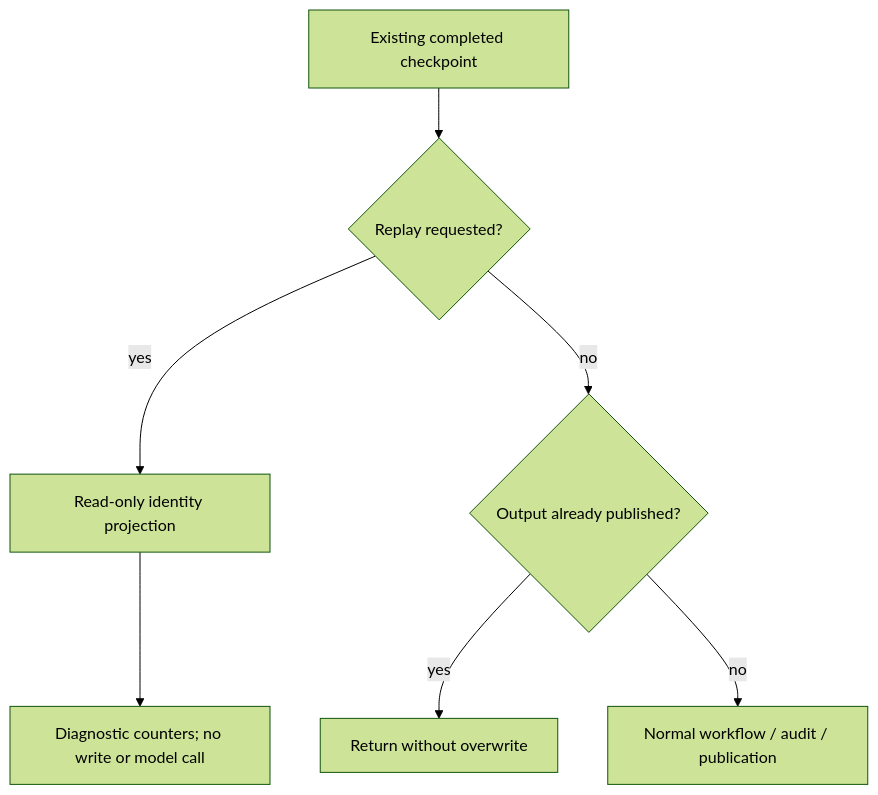
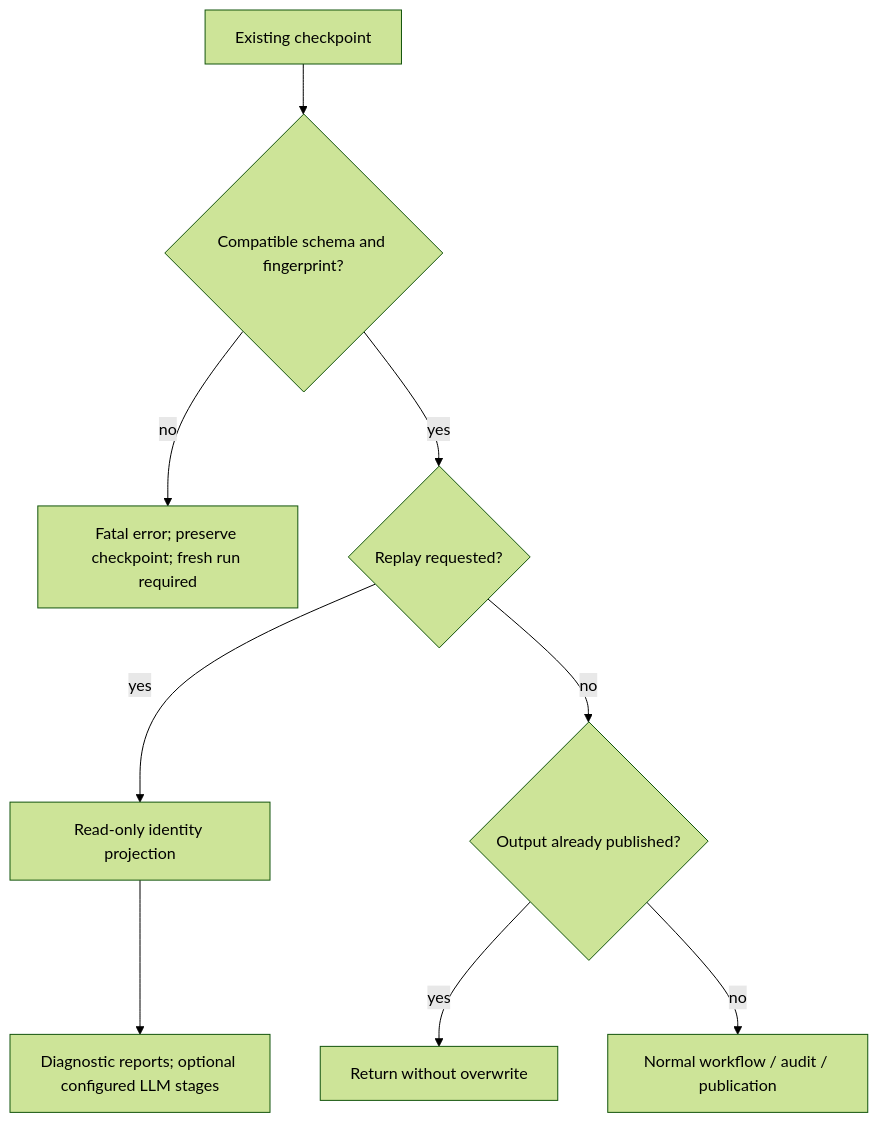
The fourth of 9 diagrams in docs/architecture_diagrams.md (witold-k/aiagents), drawn with Mermaid (forest theme) before and after one commit. The commit also changed other lines of this file and 33 other files, not shown here.

````diff
--- a/docs/architecture_diagrams.md
+++ b/docs/architecture_diagrams.md
@@ -54,9 +53,11 @@
 ```mermaid
 flowchart TD
-    X["Existing completed checkpoint"] --> Q{"Replay requested?"}
+    X["Existing checkpoint"] --> V{"Compatible schema and fingerprint?"}
+    V -->|no| F["Fatal error; preserve checkpoint; fresh run required"]
+    V -->|yes| Q{"Replay requested?"}
     Q -->|yes| I["Read-only identity projection"]
-    I --> D["Diagnostic counters; no write or model call"]
+    I --> D["Diagnostic reports; optional configured LLM stages"]
     Q -->|no| P{"Output already published?"}
     P -->|yes| Z["Return without overwrite"]
     P -->|no| A["Normal workflow / audit / publication"]
 ```
````
